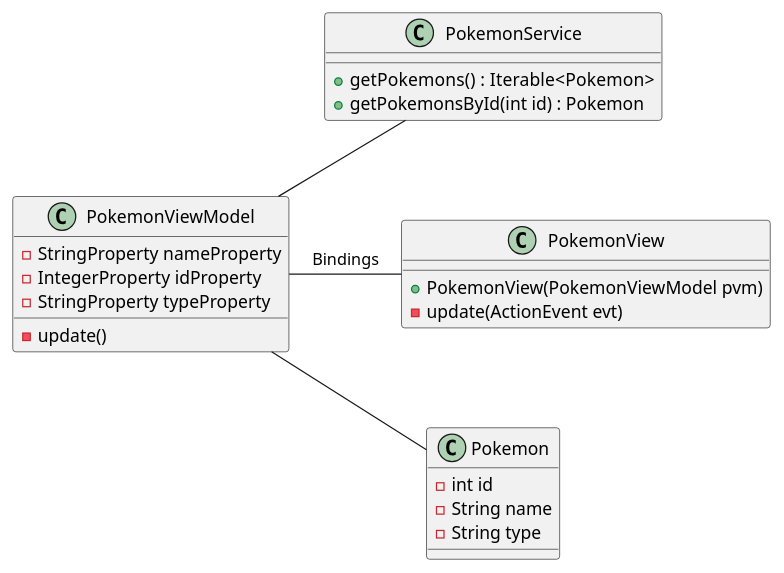
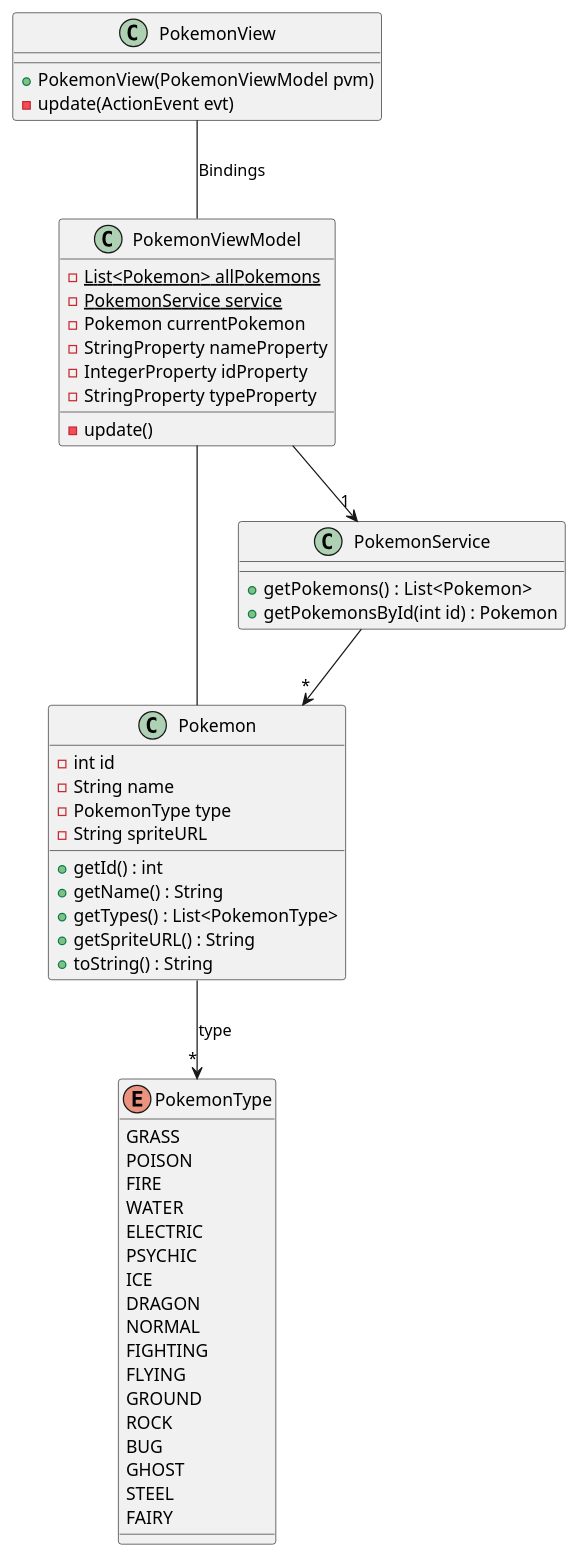
Before and after one commit to CraftLR/workshop-JavaFX-MVVM: the diagram in src/main/resources/assets/exercice2.puml, drawn with PlantUML. The commit also changed 3 other files, not shown here.

```diff
--- a/src/main/resources/assets/exercice2.puml
+++ b/src/main/resources/assets/exercice2.puml
@@ -1,33 +1,63 @@
 @startuml exercice2
+enum PokemonType{
+    GRASS
+    POISON
+    FIRE
+    WATER
+    ELECTRIC
+    PSYCHIC
+    ICE
+    DRAGON
+    NORMAL
+    FIGHTING
+    FLYING
+    GROUND
+    ROCK
+    BUG
+    GHOST
+    STEEL
+    FAIRY
+}
+
 class Pokemon {
     - int id
     - String name
-    - String type
+    - PokemonType type
+    - String spriteURL
+    + getId() : int
+    + getName() : String
+    + getTypes() : List<PokemonType>
+    + getSpriteURL() : String
+    + toString() : String
 }
 
 class PokemonService {
-    + getPokemons() :  Iterable<Pokemon>
+    + getPokemons() :  List<Pokemon>
     + getPokemonsById(int id) : Pokemon
 }
 
 class PokemonViewModel {
+    - {static} List<Pokemon> allPokemons
+    - {static} PokemonService service
+    - Pokemon currentPokemon
     - StringProperty nameProperty
     - IntegerProperty idProperty
     - StringProperty typeProperty
     - update()
 }
 
 class PokemonView {
     + PokemonView(PokemonViewModel pvm)
     - update(ActionEvent evt)
 }
 
-Pokemon -[hidden]--> PokemonService
+PokemonService --> "*" Pokemon 
 
-PokemonView -right- PokemonViewModel : Bindings
+PokemonView -- PokemonViewModel : Bindings
 
-PokemonViewModel -up- PokemonService
+PokemonViewModel -->"1" PokemonService
 
-PokemonViewModel -right- Pokemon
+PokemonViewModel -- Pokemon
 
+Pokemon --> "*" PokemonType : type
 @enduml
```
